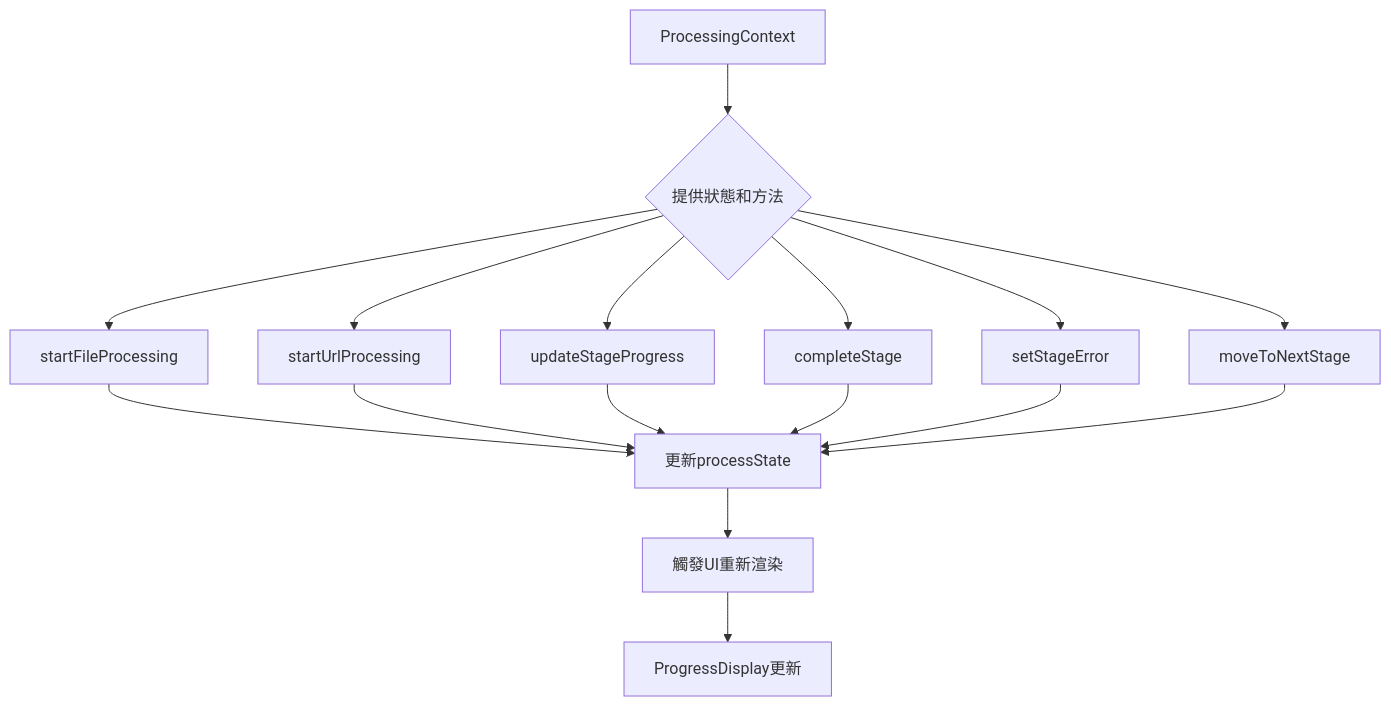
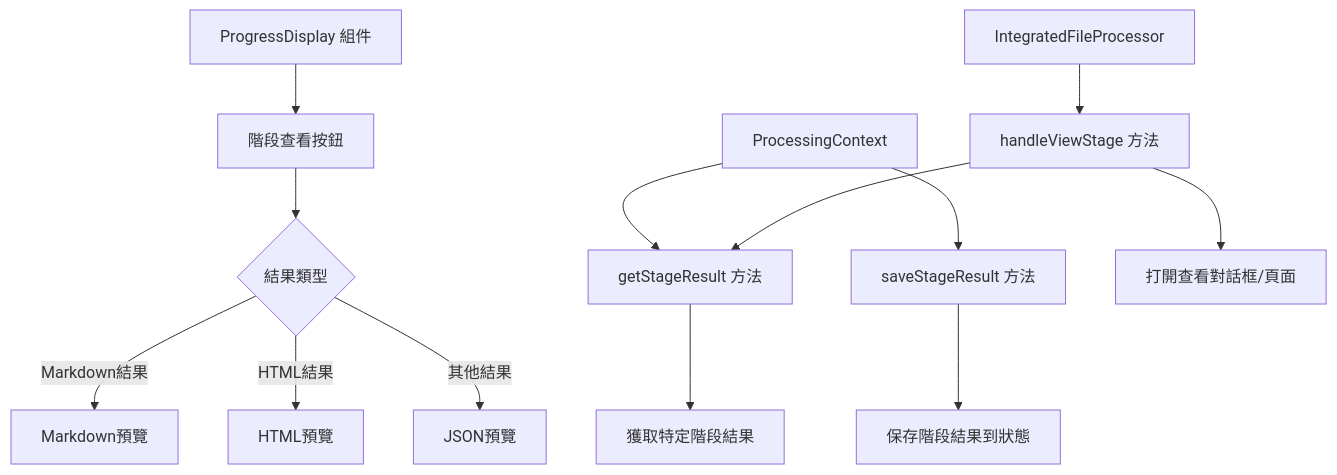
Before and after one commit to darwin7381/auto-article-tools: the third of 3 diagrams in docs/processing-flow-analysis.md, drawn with Mermaid. The commit also changed other lines of this file and 15 other files, not shown here.

````diff
--- a/docs/processing-flow-analysis.md
+++ b/docs/processing-flow-analysis.md
@@ -147,21 +367,17 @@
 ```mermaid
-flowchart TD
-    A[ProcessingContext] --> B{提供狀態和方法}
+graph TD
+    A[ProcessingContext] --> B[saveStageResult 方法]
+    A --> C[getStageResult 方法]
+    B --> D[保存階段結果到狀態]
+    C --> E[獲取特定階段結果]
     
-    B --> C1[startFileProcessing]
-    B --> C2[startUrlProcessing]
-    B --> C3[updateStageProgress]
-    B --> C4[completeStage]
-    B --> C5[setStageError]
-    B --> C6[moveToNextStage]
+    F[ProgressDisplay 組件] --> G[階段查看按鈕]
+    G --> H{結果類型}
+    H -->|Markdown結果| I[Markdown預覽]
+    H -->|HTML結果| J[HTML預覽]
+    H -->|其他結果| K[JSON預覽]
     
-    C1 --> D[更新processState]
-    C2 --> D
-    C3 --> D
-    C4 --> D
-    C5 --> D
-    C6 --> D
-    
-    D --> E[觸發UI重新渲染]
-    E --> F[ProgressDisplay更新]
+    L[IntegratedFileProcessor] --> M[handleViewStage 方法]
+    M --> C
+    M --> N[打開查看對話框/頁面]
 ```
````
